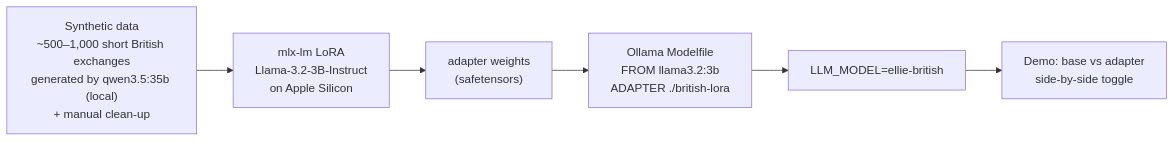
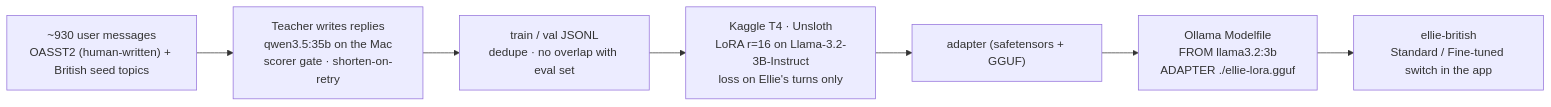
Before and after one commit to ShivaTeja05/Local-LLM-Based-Text-to-Speech-Application: the seventh of 12 diagrams in docs/ARCHITECTURE.md, drawn with Mermaid. The commit also changed other lines of this file and 109 other files, not shown here.

````diff
--- a/docs/ARCHITECTURE.md
+++ b/docs/ARCHITECTURE.md
@@ -425,8 +447,9 @@
 ```mermaid
 flowchart LR
-  A["Synthetic data<br/>~500–1,000 short British exchanges<br/>generated by qwen3.5:35b (local)<br/>+ manual clean-up"] --> B["mlx-lm LoRA<br/>Llama-3.2-3B-Instruct<br/>on Apple Silicon"]
-  B --> C["adapter weights<br/>(safetensors)"]
-  C --> D["Ollama Modelfile<br/>FROM llama3.2:3b<br/>ADAPTER ./british-lora"]
-  D --> E["LLM_MODEL=ellie-british"]
-  E --> F["Demo: base vs adapter<br/>side-by-side toggle"]
+  A["~930 user messages<br/>OASST2 (human-written) + British seed topics"] --> B["Teacher writes replies<br/>qwen3.5:35b on the Mac<br/>scorer gate · shorten-on-retry"]
+  B --> C["train / val JSONL<br/>dedupe · no overlap with eval set"]
+  C --> D["Kaggle T4 · Unsloth<br/>LoRA r=16 on Llama-3.2-3B-Instruct<br/>loss on Ellie's turns only"]
+  D --> E["adapter (safetensors + GGUF)"]
+  E --> F["Ollama Modelfile<br/>FROM llama3.2:3b<br/>ADAPTER ./ellie-lora.gguf"]
+  F --> G["ellie-british<br/>Standard / Fine-tuned switch in the app"]
 ```
````
